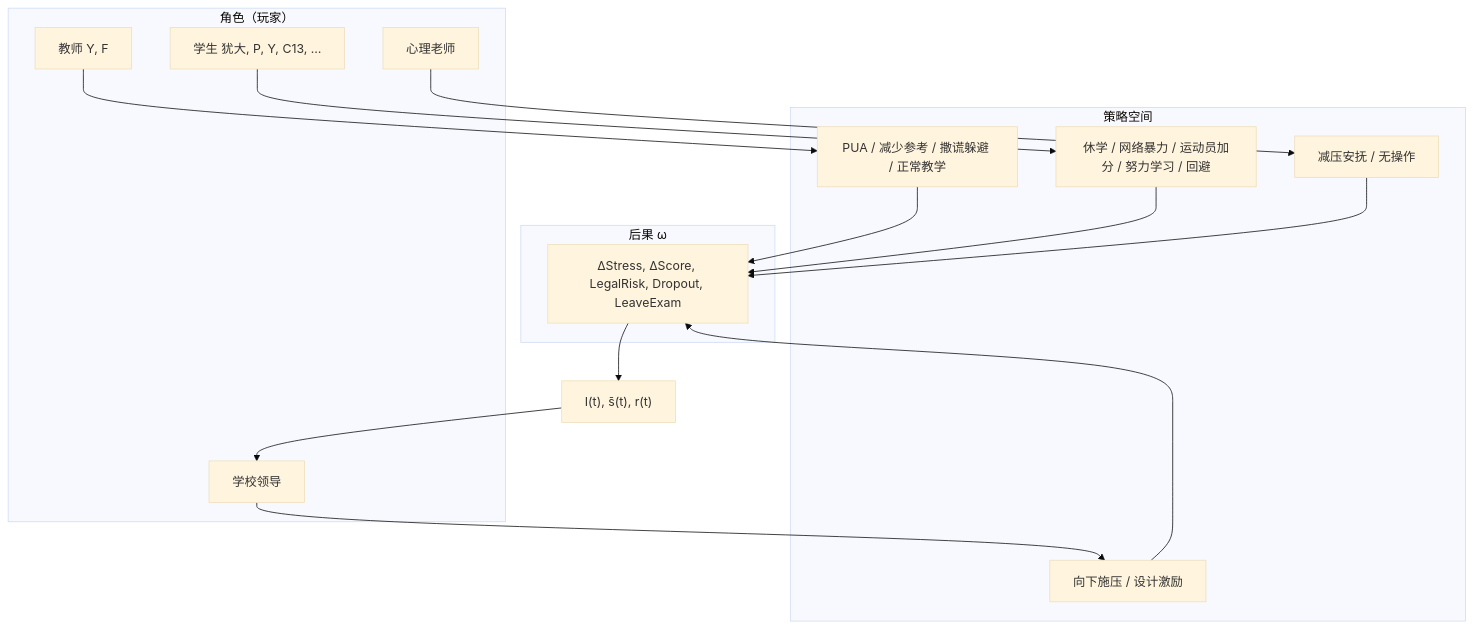
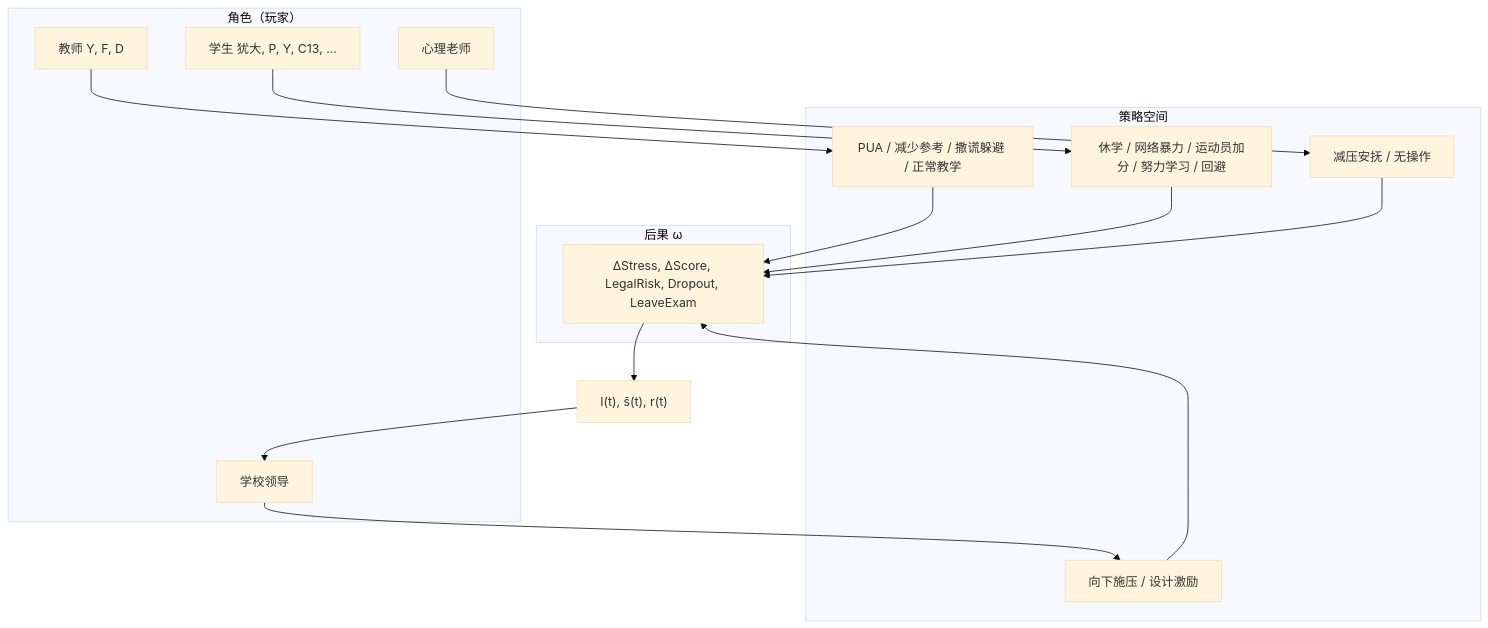
Before and after one commit to zeusro/system: the second of 6 diagrams in function/local/n/china/shantou/readme.zh.md, drawn with Mermaid (base theme). The commit also changed other lines of this file and 8 other files, not shown here.

````diff
--- a/function/local/n/china/shantou/readme.zh.md
+++ b/function/local/n/china/shantou/readme.zh.md
@@ -128,24 +129,24 @@
 ```mermaid
 flowchart TB
     subgraph roles["角色（玩家）"]
-        T["教师 Y, F"]
+        T["教师 Y, F, D"]
         St["学生 犹大, P, Y, C13, …"]
         Ps["心理老师"]
         L["学校领导"]
     end
     subgraph strategies["策略空间"]
         T --> T1["PUA / 减少参考 / 撒谎躲避 / 正常教学"]
         St --> S1["休学 / 网络暴力 / 运动员加分 / 努力学习 / 回避"]
         Ps --> P1["减压安抚 / 无操作"]
         L --> L1["向下施压 / 设计激励"]
     end
     subgraph consequences["后果 ω"]
         C["ΔStress, ΔScore, LegalRisk, Dropout, LeaveExam"]
     end
     T1 --> C
     S1 --> C
     P1 --> C
     L1 --> C
     C --> I["I(t), s̄(t), r(t)"]
     I --> L
 ```
````
